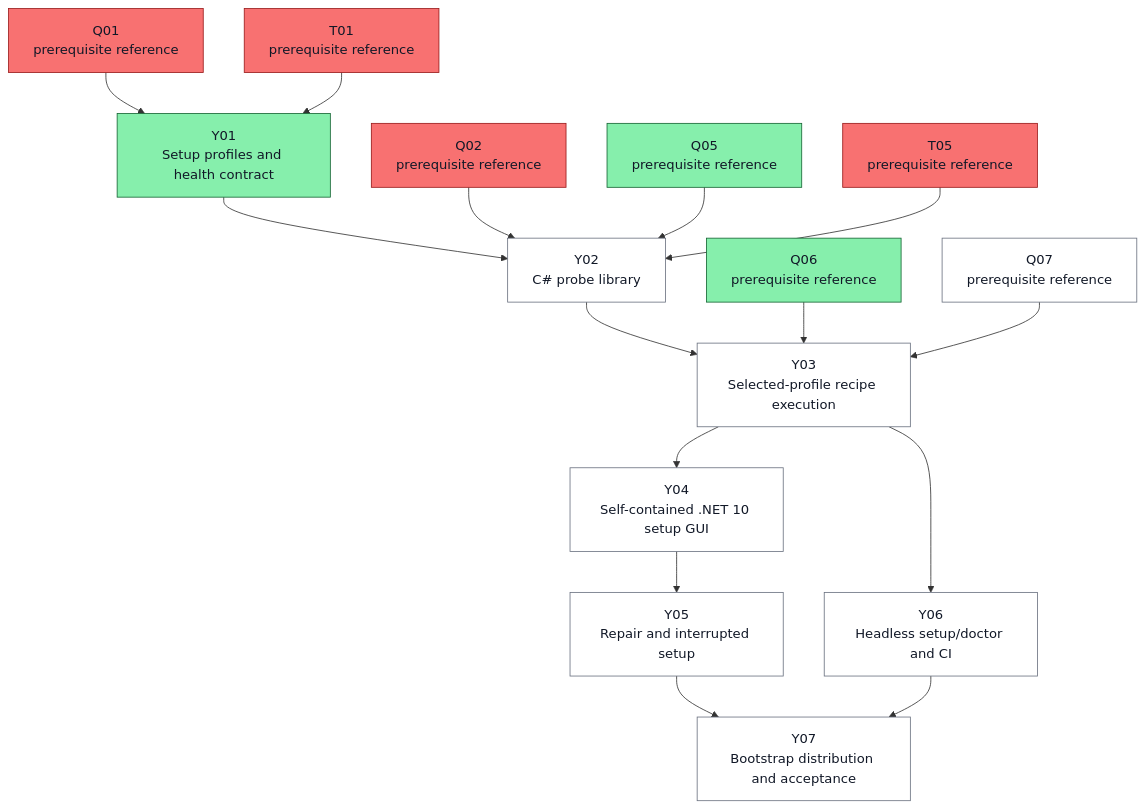
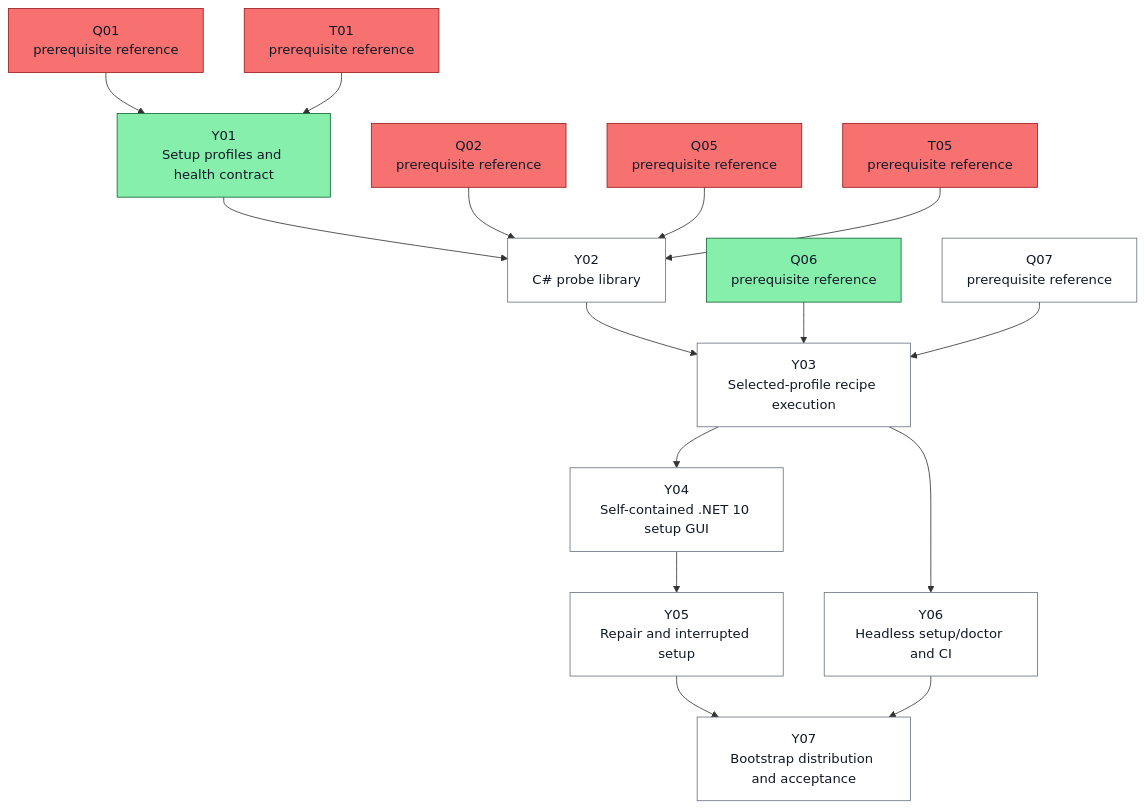
Diagram 25 of 25 in docs/task-dependencies.md (ocarizr/spaceraiders), drawn with Mermaid before and after one commit. The commit also changed other lines of this file and 9 other files, not shown here.

````diff
--- a/docs/task-dependencies.md
+++ b/docs/task-dependencies.md
@@ -1299,34 +1298,34 @@
 ```mermaid
 flowchart TD
     ref_Y_Q01["Q01<br/>prerequisite reference"]:::done
     ref_Y_Q02["Q02<br/>prerequisite reference"]:::done
-    ref_Y_Q05["Q05<br/>prerequisite reference"]:::ready
+    ref_Y_Q05["Q05<br/>prerequisite reference"]:::done
     ref_Y_Q06["Q06<br/>prerequisite reference"]:::ready
     ref_Y_Q07["Q07<br/>prerequisite reference"]:::pending
     ref_Y_T01["T01<br/>prerequisite reference"]:::done
     ref_Y_T05["T05<br/>prerequisite reference"]:::done
     Y01["Y01<br/>Setup profiles and health contract"]:::ready
     Y02["Y02<br/>C# probe library"]:::pending
     Y03["Y03<br/>Selected-profile recipe execution"]:::pending
     Y04["Y04<br/>Self-contained .NET 10 setup GUI"]:::pending
     Y05["Y05<br/>Repair and interrupted setup"]:::pending
     Y06["Y06<br/>Headless setup/doctor and CI"]:::pending
     Y07["Y07<br/>Bootstrap distribution and acceptance"]:::pending
     ref_Y_Q01 --> Y01
     ref_Y_T01 --> Y01
     Y01 --> Y02
     ref_Y_Q02 --> Y02
     ref_Y_Q05 --> Y02
     ref_Y_T05 --> Y02
     Y02 --> Y03
     ref_Y_Q06 --> Y03
     ref_Y_Q07 --> Y03
     Y03 --> Y04
     Y04 --> Y05
     Y03 --> Y06
     Y05 --> Y07
     Y06 --> Y07
     classDef pending fill:#ffffff,stroke:#6b7280,color:#111827
     classDef ready fill:#86efac,stroke:#166534,color:#111827
     classDef done fill:#f87171,stroke:#991b1b,color:#111827
 ```
````
